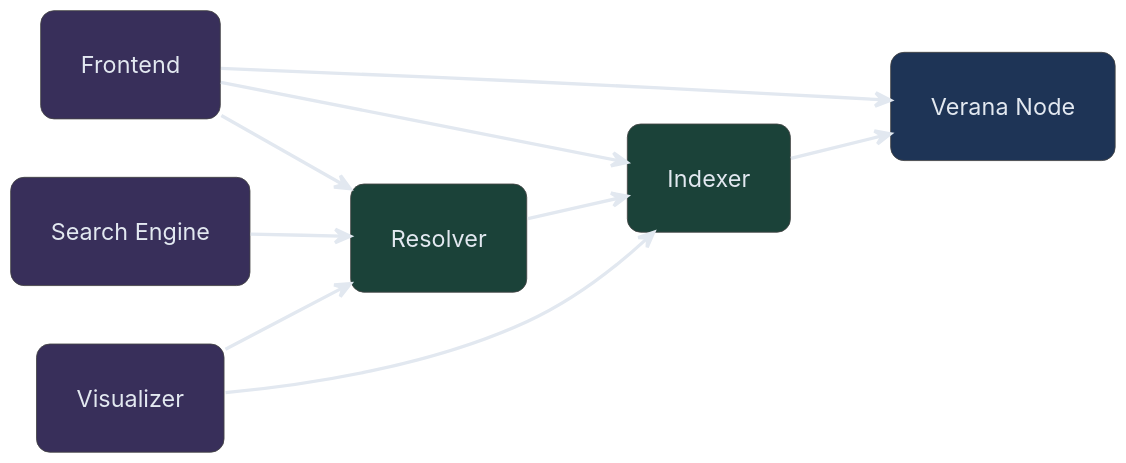
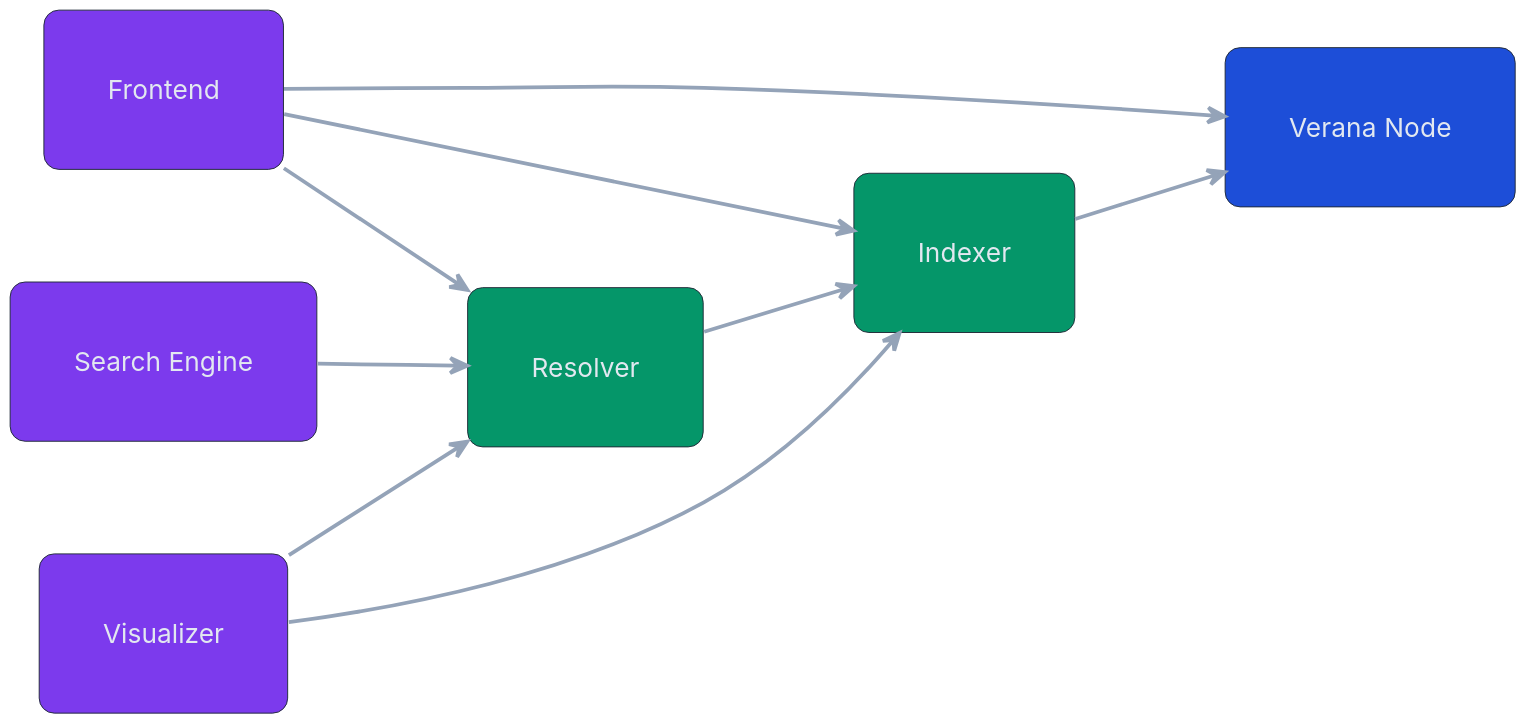
The diagram in content/page/developers/components.md (verana-labs/verana.io-website), drawn with PlantUML before and after one commit. The commit also changed other lines of this file and 4 other files, not shown here.

```diff
--- a/content/page/developers/components.md
+++ b/content/page/developers/components.md
@@ -38,37 +38,39 @@
         @startuml
         left to right direction
 
         skinparam backgroundColor transparent
         skinparam Shadowing false
         skinparam defaultFontName "Inter"
         skinparam defaultFontColor #E2E8F0
         skinparam DefaultTextAlignment center
-        skinparam ArrowColor #E2E8F0
-        skinparam ArrowHeadColor #E2E8F0
+        skinparam ArrowColor #94A3B8
+        skinparam ArrowHeadColor #94A3B8
         skinparam ArrowFontColor #E2E8F0
         skinparam ArrowThickness 2
-        skinparam Padding 14
-        skinparam dpi 160
+        skinparam Padding 24
+        skinparam dpi 180
+        skinparam nodesep 60
+        skinparam ranksep 80
         skinparam rectangle {
           BackgroundColor #111827
-          BorderColor #444444
+          BorderColor #1F2937
           FontColor #E2E8F0
           RoundCorner 16
         }
 
-        rectangle "Verana Node" as vpr1 #1E3456
-        rectangle "Indexer" as idx1 #1B4239
-        rectangle "Resolver" as rslv1 #1B4239
-        rectangle "Frontend" as frontend1 #382F5A
-        rectangle "Visualizer" as vis1 #382F5A
-        rectangle "Search Engine" as search1 #382F5A
+        rectangle "Verana Node" as vpr1 #1D4ED8
+        rectangle "Indexer" as idx1 #059669
+        rectangle "Resolver" as rslv1 #059669
+        rectangle "Frontend" as frontend1 #7C3AED
+        rectangle "Visualizer" as vis1 #7C3AED
+        rectangle "Search Engine" as search1 #7C3AED
 
         idx1 --> vpr1
         frontend1 --> idx1
         frontend1 --> rslv1
         frontend1 --> vpr1
         rslv1 --> idx1
         vis1 --> idx1
         vis1 --> rslv1
         search1 --> rslv1
         @enduml
```
